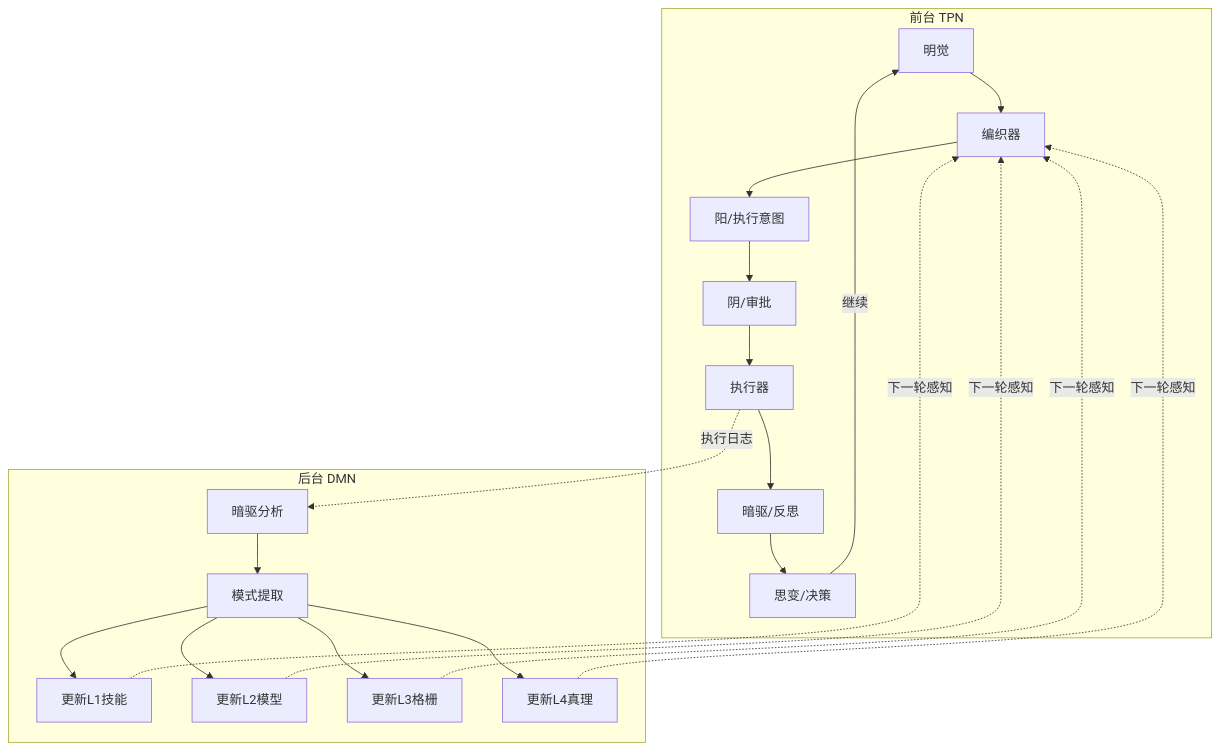
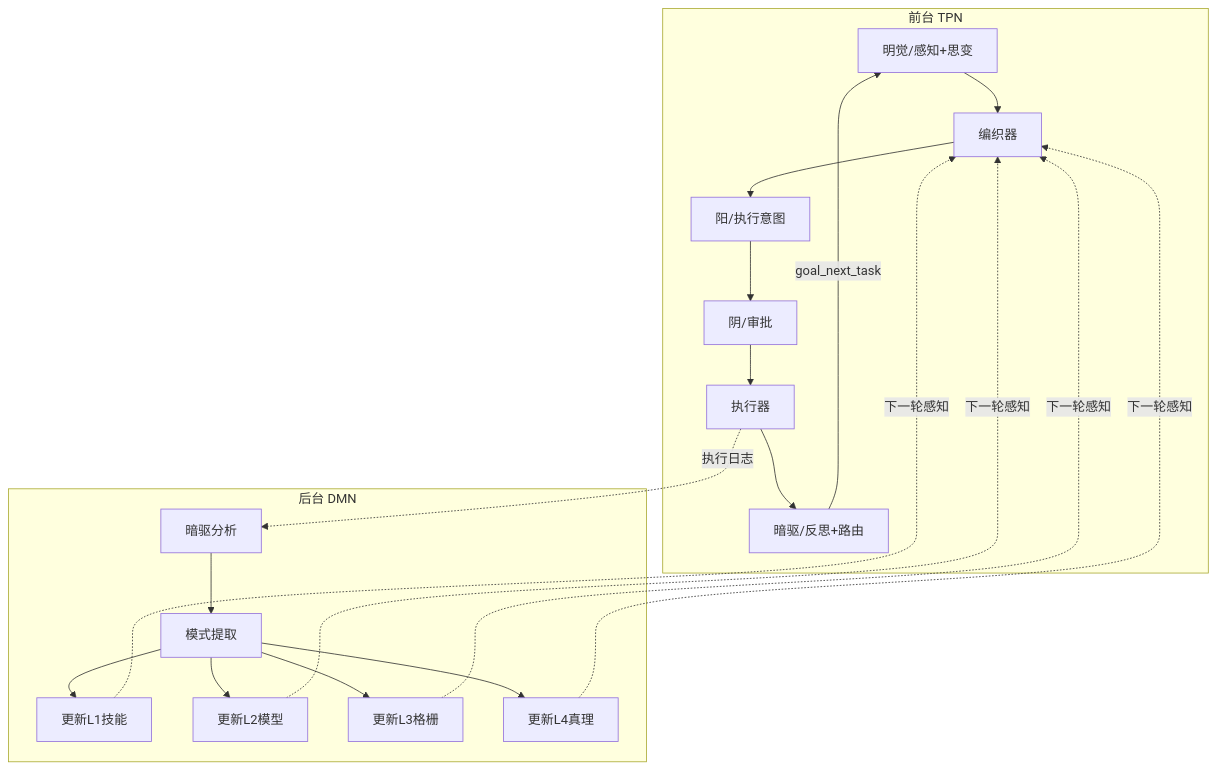
The diagram in docs/TPN-DMN-双循环系列第一篇-太极循环的精髓.md (wenge6090-cell/Taiji), drawn with Mermaid before and after one commit. The commit also changed other lines of this file and 163 other files, not shown here.

````diff
--- a/docs/TPN-DMN-双循环系列第一篇-太极循环的精髓.md
+++ b/docs/TPN-DMN-双循环系列第一篇-太极循环的精髓.md
@@ -111,26 +109,25 @@
 ```mermaid
 graph TB
     subgraph "前台 TPN"
-        M[明觉] --> W[编织器]
+        M[明觉/感知+思变] --> W[编织器]
         W --> Y[阳/执行意图]
         Y --> I[阴/审批]
         I --> E[执行器]
-        E --> A[暗驱/反思]
-        A --> S[思变/决策]
-        S -->|继续| M
+        E --> A[暗驱/反思+路由]
+        A -->|goal_next_task| M
     end
     
     subgraph "后台 DMN"
         A2[暗驱分析] --> P[模式提取]
         P --> U1[更新L1技能]
         P --> U2[更新L2模型]
         P --> U3[更新L3格栅]
         P --> U4[更新L4真理]
     end
     
     E -.->|执行日志| A2
     U1 -.->|下一轮感知| W
     U2 -.->|下一轮感知| W
     U3 -.->|下一轮感知| W
     U4 -.->|下一轮感知| W
 ```
````
